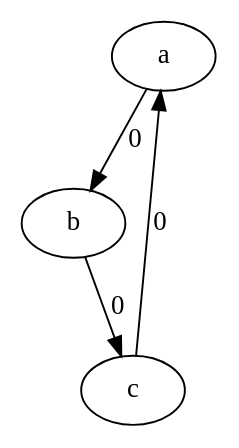
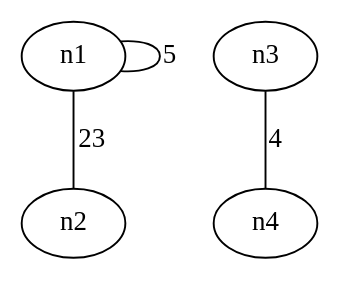
One commit to LucasLagrimante/teoriaDosGrafos changed the diagram in src/os/dot/fileS.dot. Above: the diagram before and after it, drawn with Graphviz. The commit also changed 8 other files, not shown here.

```diff
--- a/src/os/dot/fileS.dot
+++ b/src/os/dot/fileS.dot
@@ -1,5 +1,5 @@
-digraph G {
-a->b[label=0];
-b->c[label=0];
-c->a[label=0];
+graph G {
+n1--n2[label=23];
+n1--n1[label=5];
+n3--n4[label=4];
 }
```
